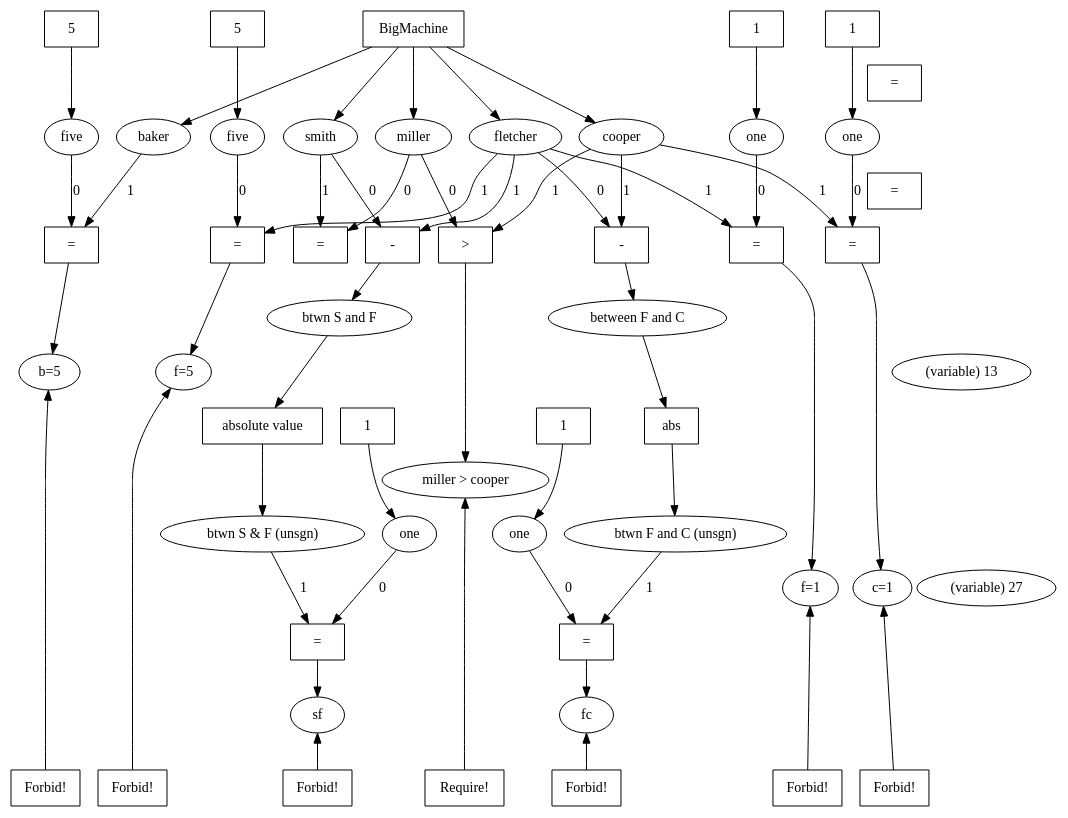
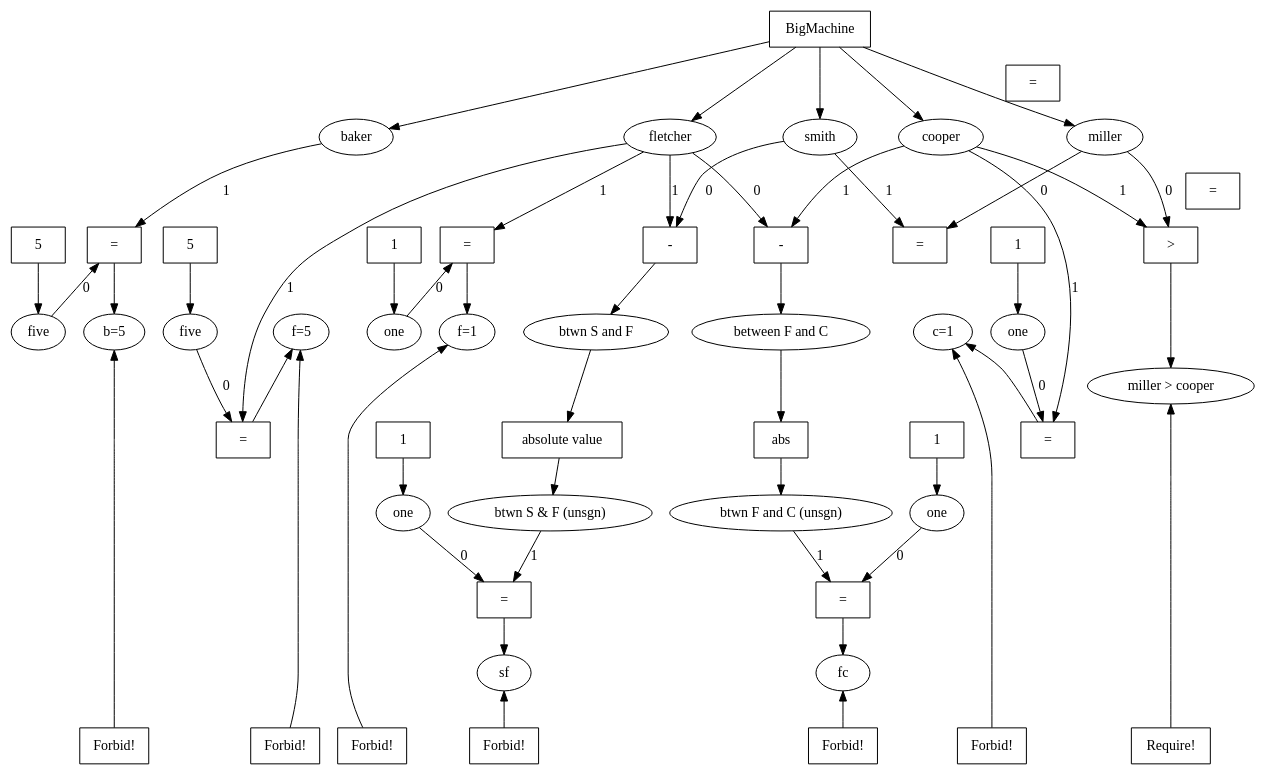
The diagram in explorations/graphics/mdonemachine.dot (ProjectMAC/propagators), drawn with Graphviz before and after one commit.

Commit message:
made "ones" and "fives" on the same rank, with messy results

```diff
--- a/explorations/graphics/mdonemachine.dot
+++ b/explorations/graphics/mdonemachine.dot
@@ -1,116 +1,116 @@
 digraph G {
   ratio=fill;
   "(variable) 11" [label="baker", shape="ellipse", rank="people" ];
   "(propagator) 12" [label="=", shape="box" ];
-   { rank=same; "(variable) 13"; "(variable) 238"; "(variable) 241" }; 
+   { rank=same; "(variable) 130"; "(variable) 131"; "(variable) 238"; "(variable) 241" }; 
 
   "(propagator) 240" [label="5", shape="box" ];
   "(propagator) 240" -> "(variable) 130" [label="" ];
   "(variable) 130" [label="five", shape="ellipse" ];
   "(propagator) 241" [label="5", shape="box" ];
   "(propagator) 241" -> "(variable) 131" [label="" ];
   "(variable) 131" [label="five", shape="ellipse" ];
 
   "(variable) 130" -> "(propagator) 12" [label=0 ];
   "(variable) 131" -> "(propagator) 14" [label=0 ];
 
   "(propagator) 14" [label="=", shape="box" ];
   "(variable) 15" -> "(propagator) 14" [label=1 ];
   "(variable) 15" [label="fletcher", shape="ellipse", rank="people" ];
   "(propagator) 16" [label="-", shape="box" ];
   "(variable) 15" -> "(propagator) 16" [label=0 ];
   "(variable) 17" -> "(propagator) 16" [label=1 ];
   "(variable) 17" [label="cooper", shape="ellipse", rank="people" ];
   "(propagator) 18" [label=">", shape="box" ];
   "(variable) 19" -> "(propagator) 18" [label=0 ];
   "(variable) 19" [label="miller", shape="ellipse", rank="people" ];
   "(propagator) 20" [label="=", shape="box" ];
   "(variable) 19" -> "(propagator) 20" [label=0 ];
   "(variable) 21" -> "(propagator) 20" [label=1 ];
   "(variable) 21" [label="smith", shape="ellipse", rank="people" ];
    { rank=same; "(variable) 11"; "(variable) 15"; "(variable) 17"; "(variable) 19"; "(variable) 21" }; 
   "(propagator) 22" [label="-", shape="box" ];
   "(variable) 21" -> "(propagator) 22" [label=0 ];
   "(variable) 15" -> "(propagator) 22" [label=1 ];
   "(propagator) 22" -> "(variable) 23" [label="" ];
   "(variable) 23" [label="btwn S and F", shape="ellipse" ];
   "(propagator) 24" [label="absolute value", shape="box" ];
   "(variable) 23" -> "(propagator) 24" [label="" ];
   "(propagator) 24" -> "(variable) 25" [label="" ];
   "(variable) 25" [label="btwn S & F (unsgn)", shape="ellipse" ];
   "(propagator) 26" [label="=", shape="box" ];
   "(variable) 207" -> "(propagator) 26" [label=0 ];
-   { rank=same; "(variable) 27"; "(variable) 35"; "(variable) 38" }; 
+   { rank=same; "(variable) 209"; "(variable) 210"; "(variable) 35"; "(variable) 38" }; 
 
   "(propagator) 400" [label="1", shape="box" ];
   "(propagator) 400" -> "(variable) 207" [label="" ];
   "(variable) 207" [label="one", shape="ellipse" ];
   "(propagator) 401" [label="1", shape="box" ];
   "(propagator) 401" -> "(variable) 208" [label="" ];
   "(variable) 208" [label="one", shape="ellipse" ];
   "(propagator) 402" [label="1", shape="box" ];
   "(propagator) 402" -> "(variable) 209" [label="" ];
   "(variable) 209" [label="one", shape="ellipse" ];
   "(propagator) 403" [label="1", shape="box" ];
   "(propagator) 403" -> "(variable) 210" [label="" ];
   "(variable) 210" [label="one", shape="ellipse" ];
 
   "(propagator) 28" [label="=", shape="box" ];
   "(variable) 208" -> "(propagator) 28" [label=0 ];
   "(variable) 29" -> "(propagator) 28" [label=1 ];
   "(variable) 29" [label="btwn F and C (unsgn)", shape="ellipse" ];
   "(propagator) 30" [label="abs", shape="box" ];
   "(variable) 31" -> "(propagator) 30" [label="" ];
   "(variable) 31" [label="between F and C", shape="ellipse" ];
   "(propagator) 30" -> "(variable) 29" [label="" ];
   "(propagator) 28" -> "(variable) 32" [label="" ];
   "(variable) 32" [label="fc", shape="ellipse" ];
    { rank=max; "(propagator) 33"; "(propagator) 36"; "(propagator) 39"; "(propagator) 42"; "(propagator) 146"; "(propagator) 239"; "(propagator) 242" };
   "(propagator) 33" [label="Forbid!", shape="box", rank="forbid" ];
   "(propagator) 33" -> "(variable) 32" [label="" ];
   "(propagator) 34" [label="=", shape="box" ];
   "(variable) 209" -> "(propagator) 34" [label=0 ];
   "(variable) 15" -> "(propagator) 34" [label=1 ];
   "(propagator) 34" -> "(variable) 35" [label="" ];
   "(variable) 35" [label="f=1", shape="ellipse" ];
   "(propagator) 36" [label="Forbid!", shape="box", rank="forbid" ];
   "(propagator) 36" -> "(variable) 35" [label="" ];
   "(propagator) 37" [label="=", shape="box" ];
   "(variable) 210" -> "(propagator) 37" [label=0 ];
   "(variable) 17" -> "(propagator) 37" [label=1 ];
   "(propagator) 37" -> "(variable) 38" [label="" ];
   "(variable) 38" [label="c=1", shape="ellipse" ];
   "(propagator) 39" [label="Forbid!", shape="box", rank="forbid" ];
   "(propagator) 39" -> "(variable) 38" [label="" ];
   "(variable) 25" -> "(propagator) 26" [label=1 ];
   "(propagator) 26" -> "(variable) 41" [label="" ];
   "(variable) 41" [label="sf", shape="ellipse" ];
   "(propagator) 42" [label="Forbid!", shape="box", rank="forbid" ];
   "(propagator) 42" -> "(variable) 41" [label="" ];
   "(propagator) 43" [label="=", shape="box" ];
 
   "(propagator) 57" [label="BigMachine", shape="box" ];
   "(propagator) 57" -> "(variable) 21" [label="" ];
   "(propagator) 57" -> "(variable) 19" [label="" ];
   "(propagator) 57" -> "(variable) 17" [label="" ];
   "(propagator) 57" -> "(variable) 15" [label="" ];
   "(propagator) 57" -> "(variable) 11" [label="" ];
 
 
   "(variable) 17" -> "(propagator) 18" [label=1 ];
   "(propagator) 18" -> "(variable) 145" [label="" ];
   "(variable) 145" [label="miller > cooper", shape="ellipse" ];
   "(propagator) 146" [label="Require!", shape="box" ];
   "(propagator) 146" -> "(variable) 145" [label="" ];
   "(propagator) 147" [label="=", shape="box" ];
   "(propagator) 16" -> "(variable) 31" [label="" ];
   "(propagator) 14" -> "(variable) 238" [label="" ];
   "(variable) 238" [label="f=5", shape="ellipse" ];
   "(propagator) 239" [label="Forbid!", shape="box", rank="forbid" ];
   "(propagator) 239" -> "(variable) 238" [label="" ];
   "(variable) 11" -> "(propagator) 12" [label=1 ];
   "(propagator) 12" -> "(variable) 241" [label="" ];
   "(variable) 241" [label="b=5", shape="ellipse" ];
   "(propagator) 242" [label="Forbid!", shape="box", rank="forbid" ];
   "(propagator) 242" -> "(variable) 241" [label="" ];
 }
```
